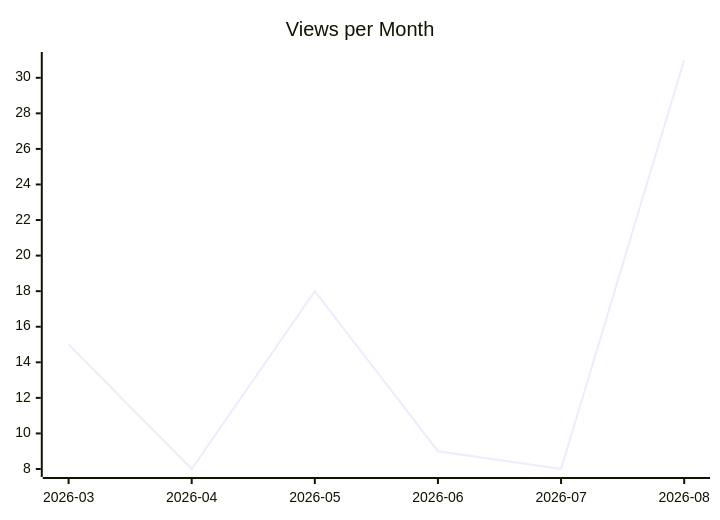
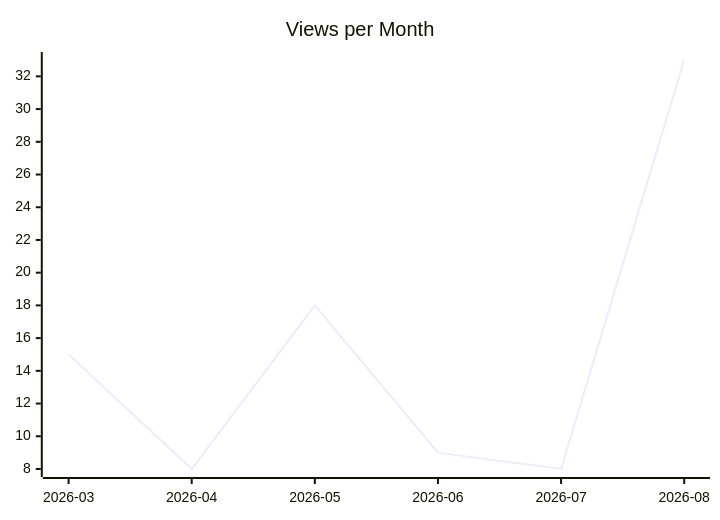
One commit to justdavis-family/github-analytics-data changed the second of 3 diagrams in karlmdavis/xmlpull/README.md. Above: the diagram before and after it, drawn with Mermaid. The commit also changed other lines of this file and 171 other files, not shown here.

````diff
--- a/karlmdavis/xmlpull/README.md
+++ b/karlmdavis/xmlpull/README.md
@@ -12,6 +12,6 @@
 ```mermaid
 xychart-beta
   title "Views per Month"
   x-axis ["2026-03", "2026-04", "2026-05", "2026-06", "2026-07", "2026-08"]
-  line [15, 8, 18, 9, 8, 31]
+  line [15, 8, 18, 9, 8, 33]
 ```
````
